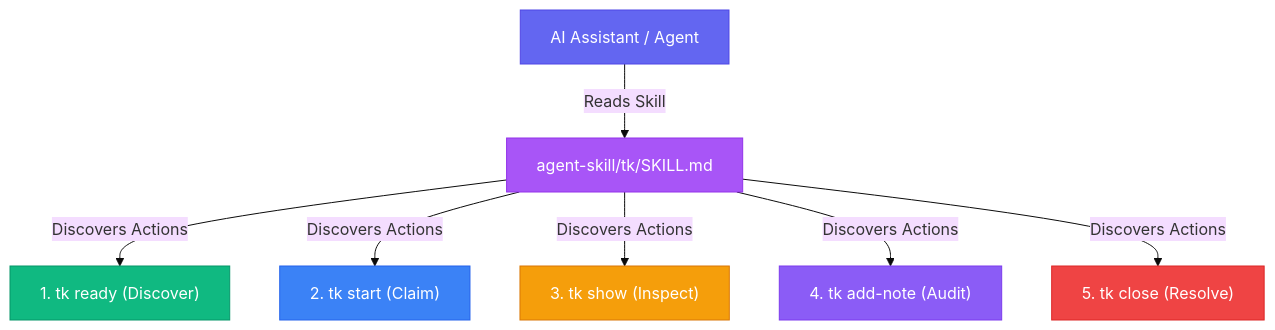
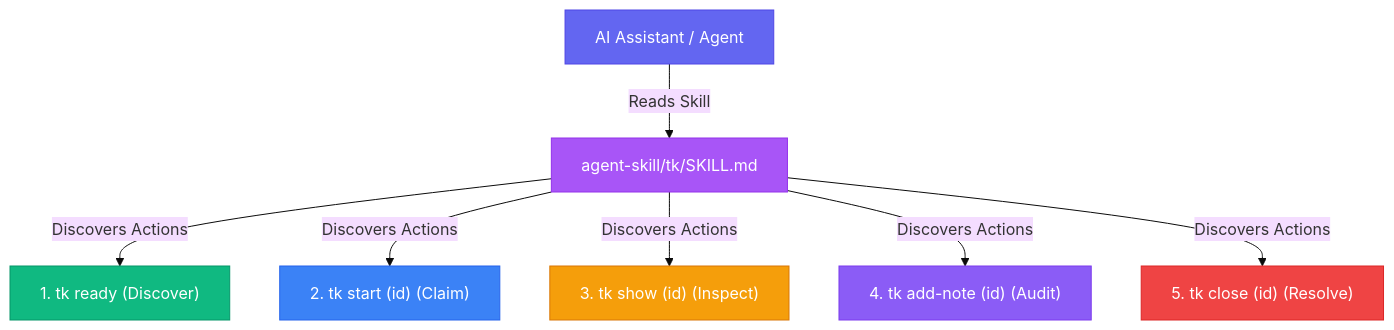
One commit to msampathkumar/ticket changed the diagram in docs/agents/agent-skill.md. Above: the diagram before and after it, drawn with Mermaid (base theme). The commit also changed other lines of this file and 23 other files, not shown here.

````diff
--- a/docs/agents/agent-skill.md
+++ b/docs/agents/agent-skill.md
@@ -37,17 +37,17 @@
 ```mermaid
 graph TD
     A["AI Assistant / Agent"] -->|Reads Skill| B["agent-skill/tk/SKILL.md"]
     B -->|Discovers Actions| C["1. tk ready (Discover)"]
-    B -->|Discovers Actions| D["2. tk start <id> (Claim)"]
-    B -->|Discovers Actions| E["3. tk show <id> (Inspect)"]
-    B -->|Discovers Actions| F["4. tk add-note <id> (Audit)"]
-    B -->|Discovers Actions| G["5. tk close <id> (Resolve)"]
+    B -->|Discovers Actions| D["2. tk start (id) (Claim)"]
+    B -->|Discovers Actions| E["3. tk show (id) (Inspect)"]
+    B -->|Discovers Actions| F["4. tk add-note (id) (Audit)"]
+    B -->|Discovers Actions| G["5. tk close (id) (Resolve)"]
     
     style A fill:#6366f1,stroke:#4f46e5,color:#fff
     style B fill:#a855f7,stroke:#9333ea,color:#fff
     style C fill:#10b981,stroke:#059669,color:#fff
     style D fill:#3b82f6,stroke:#2563eb,color:#fff
     style E fill:#f59e0b,stroke:#d97706,color:#fff
     style F fill:#8b5cf6,stroke:#7c3aed,color:#fff
     style G fill:#ef4444,stroke:#dc2626,color:#fff
 ```
````
